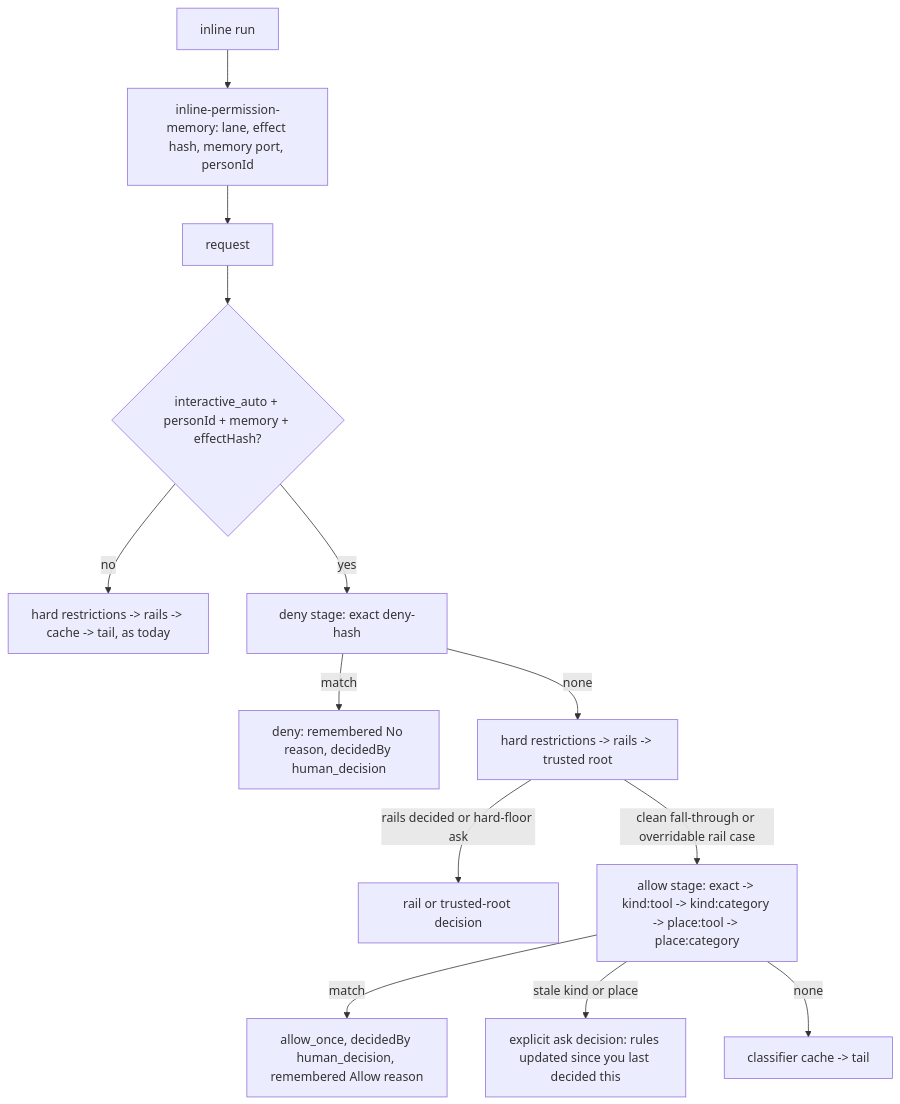
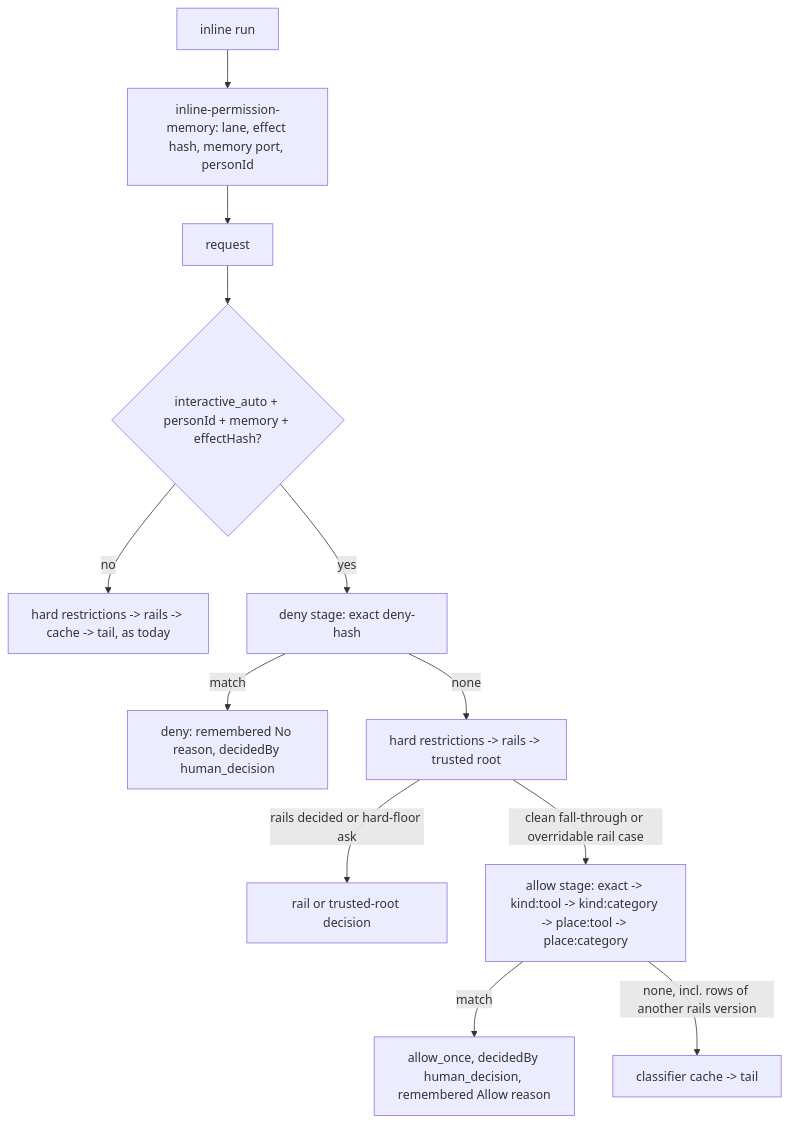
The diagram in .factory/stories/ASKFLOOR-1/task-plans/ASKFLOOR-1-T3b.md (knacklabs/gantry), drawn with Mermaid before and after one commit. The commit also changed other lines of this file and 7 other files, not shown here.

First line of the commit message:
plan(ASKFLOOR-1-T3b): grill r5 folded — plan v6 / contract v6 (owner ruling: rows of another rails version are inert, no stale flag, no re-ask line, no legacy key reading; inline call adds the cache skip; root fallback from the rails input; sixth leaf pins the key shapes); r6 brief; spec aligned

````diff
--- a/.factory/stories/ASKFLOOR-1/task-plans/ASKFLOOR-1-T3b.md
+++ b/.factory/stories/ASKFLOOR-1/task-plans/ASKFLOOR-1-T3b.md
@@ -37,14 +37,13 @@
 ```mermaid
 flowchart TD
   R[request] --> G{interactive_auto + personId + memory + effectHash?}
   G -- no --> H[hard restrictions -> rails -> cache -> tail, as today]
   G -- yes --> D[deny stage: exact deny-hash]
   D -- match --> DN[deny: remembered No reason, decidedBy human_decision]
   D -- none --> H2[hard restrictions -> rails -> trusted root]
   H2 -- rails decided or hard-floor ask --> OUT[rail or trusted-root decision]
   H2 -- clean fall-through or overridable rail case --> A[allow stage: exact -> kind:tool -> kind:category -> place:tool -> place:category]
   A -- match --> AL[allow_once, decidedBy human_decision, remembered Allow reason]
-  A -- stale kind or place --> RA2[explicit ask decision: rules updated since you last decided this]
-  A -- none --> C[classifier cache -> tail]
+  A -- none, incl. rows of another rails version --> C[classifier cache -> tail]
   I[inline run] --> M[inline-permission-memory: lane, effect hash, memory port, personId] --> R
 ```
````
